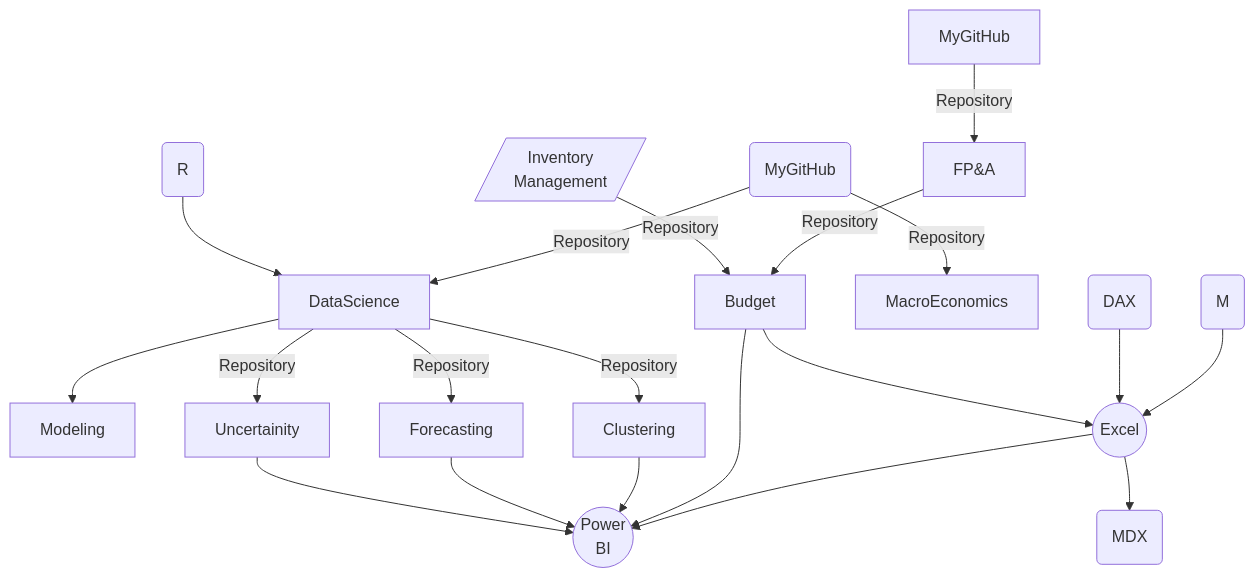
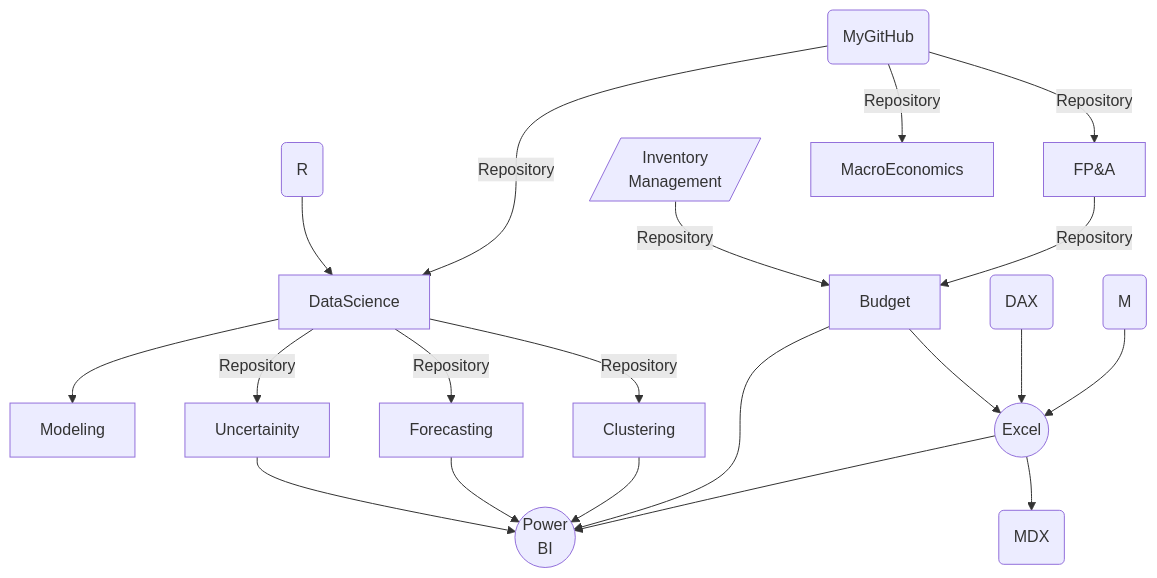
The diagram in README.md (md3629/md3629), drawn with Mermaid before and after one commit.

````diff
--- a/README.md
+++ b/README.md
@@ -9,23 +9,23 @@
 ```mermaid
 graph TD;
-    MyGitHub-->|Repository|FP&A;
+    my(MyGitHub)-->|Repository|FP&A;
     Inv[/Inventory<br>Management/]-->|Repository|Budget;
     FP&A-->|Repository|Budget;
     R( R )-->DataScience;
-    X(MyGitHub)-->|Repository|DataScience;
-    X(MyGitHub)-->|Repository|MacroEconomics;
+    my(MyGitHub)-->|Repository|DataScience;
+    my(MyGitHub)-->|Repository|MacroEconomics;
     DataScience-->Modeling;
     DataScience--Repository-->Forecasting;
     DataScience--Repository-->Clustering;
     DataScience--Repository-->Uncertainity;
     Uncertainity-->P((Power<br>BI));
     Forecasting-->P((Power<br>BI));
     Clustering-->P((Power<br>BI));
     Budget-->P((Power<br>BI));
     Budget-->E((Excel));
     D(DAX)-->E((Excel));
     M(M)-->E((Excel));
     E((Excel))-->P((Power<br>BI));
     E((Excel))-->A(MDX);
 
 ```
````
